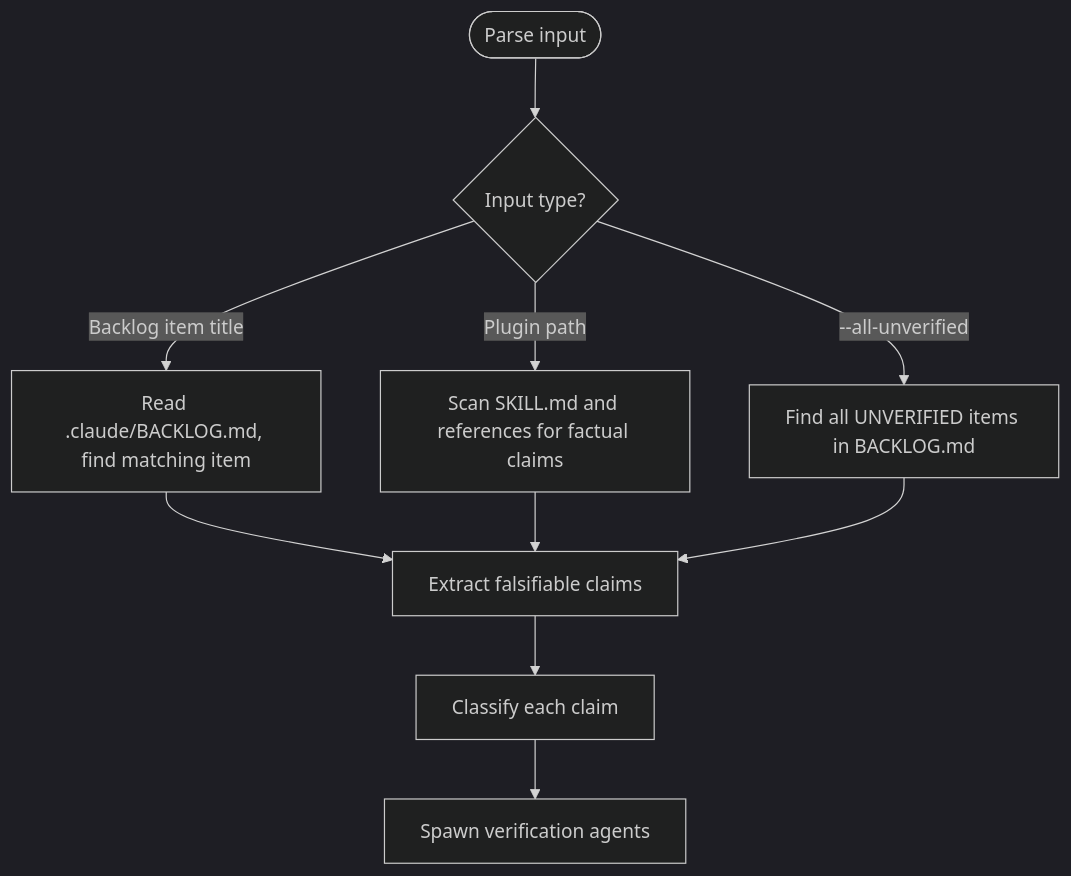
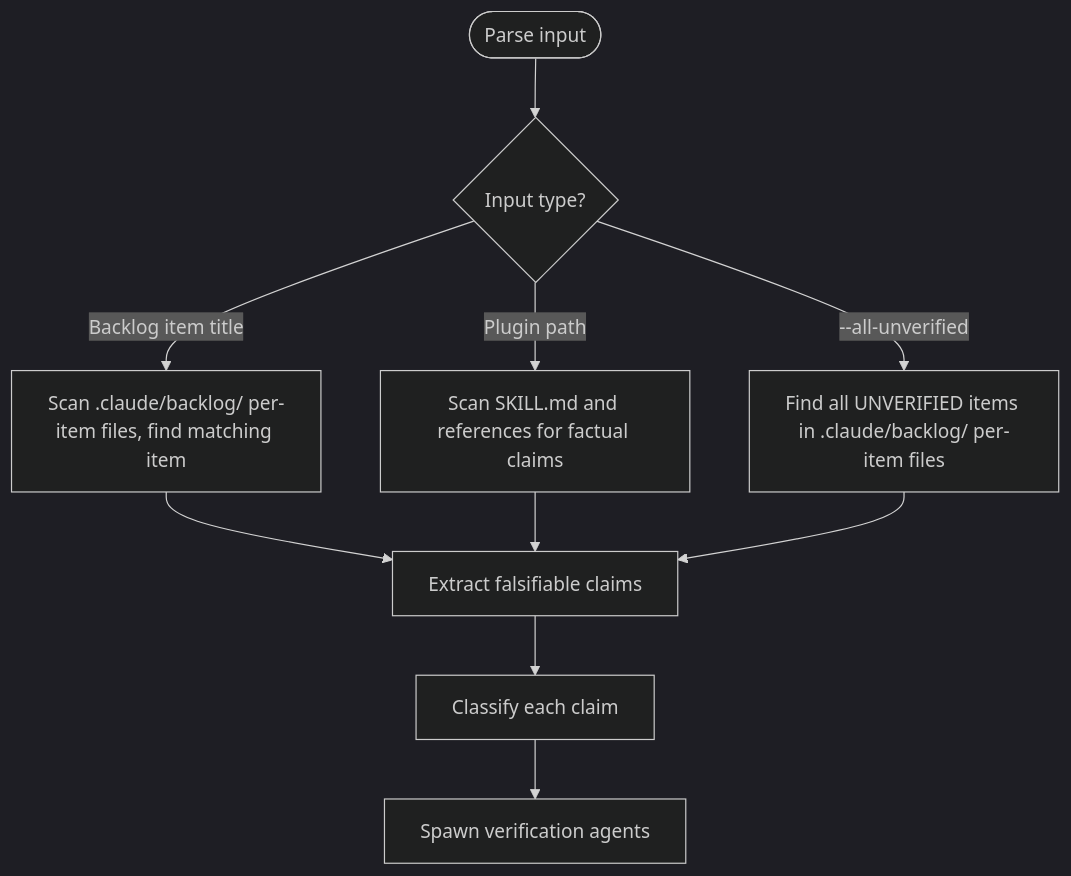
Before and after one commit to chgreer1070/claude_skills: the first of 2 diagrams in .claude/skills/fact-check/SKILL.md, drawn with Mermaid (dark theme). The commit also changed other lines of this file and 40 other files, not shown here.

````diff
--- a/.claude/skills/fact-check/SKILL.md
+++ b/.claude/skills/fact-check/SKILL.md
@@ -59,12 +59,12 @@
 ```mermaid
 flowchart TD
     Start([Parse input]) --> Q{Input type?}
-    Q -->|Backlog item title| ReadBacklog[Read .claude/BACKLOG.md, find matching item]
+    Q -->|Backlog item title| ReadBacklog[Scan .claude/backlog/ per-item files, find matching item]
     Q -->|Plugin path| ScanFiles[Scan SKILL.md and references for factual claims]
-    Q -->|--all-unverified| FindAll[Find all UNVERIFIED items in BACKLOG.md]
+    Q -->|--all-unverified| FindAll[Find all UNVERIFIED items in .claude/backlog/ per-item files]
     ReadBacklog --> Extract[Extract falsifiable claims]
     ScanFiles --> Extract
     FindAll --> Extract
     Extract --> Classify[Classify each claim]
     Classify --> Spawn[Spawn verification agents]
 ```
````
